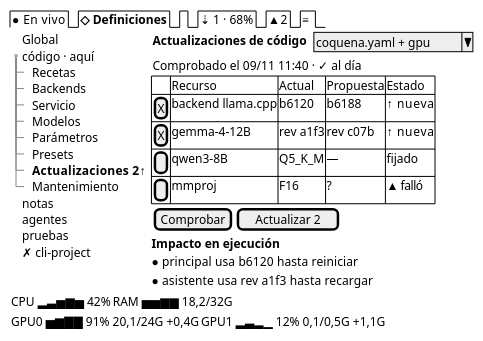
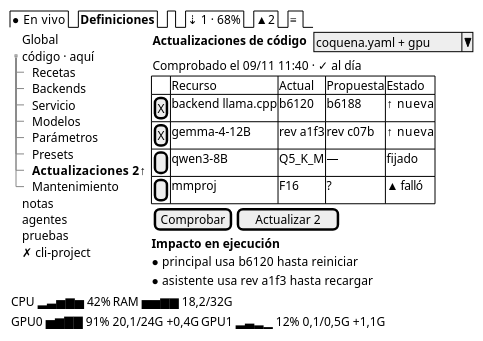
One commit to mstranich/coquena changed the diagram in docs/design/tui/U-definiciones-actualizaciones.salt.puml. Above: the diagram before and after it, drawn with PlantUML. The commit also changed 49 other files, not shown here.

```diff
--- a/docs/design/tui/U-definiciones-actualizaciones.salt.puml
+++ b/docs/design/tui/U-definiciones-actualizaciones.salt.puml
@@ -1,41 +1,41 @@
 @startsalt
 {
-  {/ ● En vivo | <b>◇ Definiciones | . | ⇣ 1 · 68% | ▲ 2 | ≡ }
+  {/ ● En vivo | <b>Definiciones | . | ⇣ 1 · 68% | ▲ 2 | ≡ }
   {
     {
     {T
       + Global
       + código · aquí
       ++ Recetas
       ++ Backends
       ++ Servicio
       ++ Modelos
       ++ Parámetros
       ++ Presets
       ++ <b>Actualizaciones 2↑
       ++ Mantenimiento
       + notas
       + agentes
       + pruebas
       + ✗ cli-project
     }
     } | {
       { <b>Actualizaciones de código | . | ^coquena.yaml + gpu^ }
       { Comprobado el 09/11 11:40 · ✓ al día }
       {#
         . | Recurso | Actual | Propuesta | Estado
         [X] | backend llama.cpp | b6120 | b6188 | ↑ nueva
         [X] | gemma-4-12B | rev a1f3 | rev c07b | ↑ nueva
         [ ] | qwen3-8B | Q5_K_M | — | fijado
         [ ] | mmproj | F16 | ? | ▲ falló
       }
       { [Comprobar] | [Actualizar 2] }
       <b>Impacto en ejecución
       ● principal usa b6120 hasta reiniciar
       ● asistente usa rev a1f3 hasta recargar
     }
   }
   { CPU ▂▃▅▆▅ 42% | RAM ▅▅▆▆ 18,2/32G }
   { GPU0 ▅▆▇▇ 91% 20,1/24G +0,4G | GPU1 ▂▃▂▁ 12% 0,1/0,5G +1,1G }
 }
 @endsalt
```
